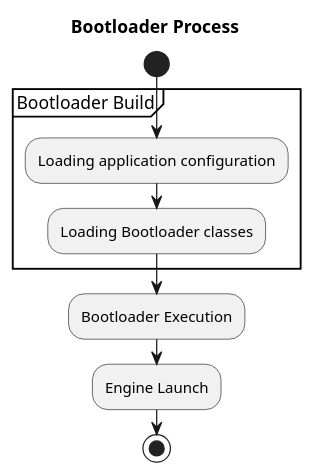
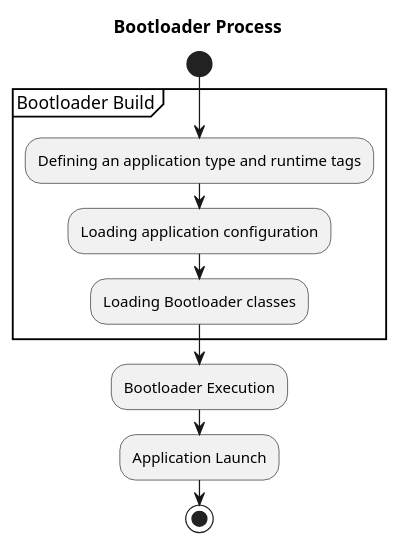
Before and after one commit to EdmondDantes/application: the second of 3 diagrams in docs/03-bootloader.md, drawn with PlantUML. The commit also changed other lines of this file and 1 other file, not shown here.

````diff
--- a/docs/03-bootloader.md
+++ b/docs/03-bootloader.md
@@ -28,16 +32,17 @@
 ```puml
 @startuml
 title Bootloader Process
 
 start
 group Bootloader Build
+  :Defining an application type and runtime tags;
   :Loading application configuration;
   :Loading Bootloader classes;
 end group
 :Bootloader Execution;
-:Engine Launch;
+:Application Launch;
 stop
 
 @enduml
 
 ```
````
